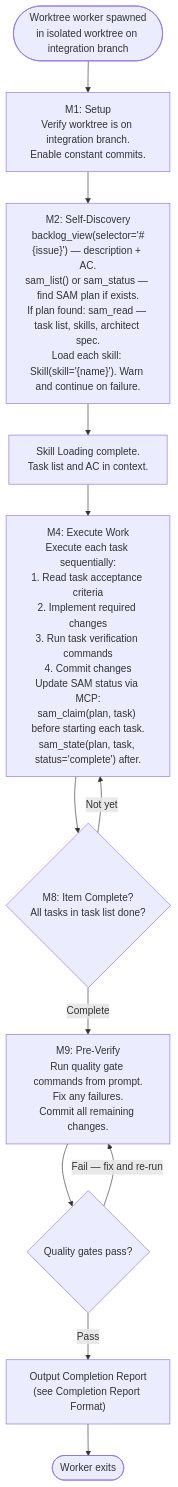
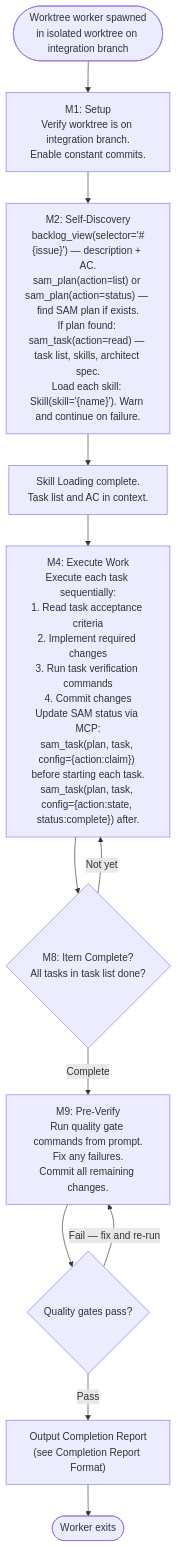
The first of 2 diagrams in plugins/development-harness/skills/work-milestone/references/worktree-worker-protocol.md (chgreer1070/claude_skills), drawn with Mermaid before and after one commit. The commit also changed other lines of this file and 28 other files, not shown here.

````diff
--- a/plugins/development-harness/skills/work-milestone/references/worktree-worker-protocol.md
+++ b/plugins/development-harness/skills/work-milestone/references/worktree-worker-protocol.md
@@ -9,21 +9,21 @@
 ```mermaid
 flowchart TD
     Start(["Worktree worker spawned<br>in isolated worktree on integration branch"]) --> M1["M1: Setup<br>Verify worktree is on integration branch.<br>Enable constant commits."]
 
-    M1 --> M2["M2: Self-Discovery<br>backlog_view(selector='#{issue}') — description + AC.<br>sam_list() or sam_status — find SAM plan if exists.<br>If plan found: sam_read — task list, skills, architect spec.<br>Load each skill: Skill(skill='{name}'). Warn and continue on failure."]
+    M1 --> M2["M2: Self-Discovery<br>backlog_view(selector='#{issue}') — description + AC.<br>sam_plan(action=list) or sam_plan(action=status) — find SAM plan if exists.<br>If plan found: sam_task(action=read) — task list, skills, architect spec.<br>Load each skill: Skill(skill='{name}'). Warn and continue on failure."]
 
     M2 --> SkillLoad["Skill Loading complete.<br>Task list and AC in context."]
 
-    SkillLoad --> M4["M4: Execute Work<br>Execute each task sequentially:<br>1. Read task acceptance criteria<br>2. Implement required changes<br>3. Run task verification commands<br>4. Commit changes<br>Update SAM status via MCP:<br>sam_claim(plan, task) before starting each task.<br>sam_state(plan, task, status='complete') after."]
+    SkillLoad --> M4["M4: Execute Work<br>Execute each task sequentially:<br>1. Read task acceptance criteria<br>2. Implement required changes<br>3. Run task verification commands<br>4. Commit changes<br>Update SAM status via MCP:<br>sam_task(plan, task, config={action:claim}) before starting each task.<br>sam_task(plan, task, config={action:state, status:complete}) after."]
 
     M4 --> M8{"M8: Item Complete?<br>All tasks in task list done?"}
 
     M8 -->|"Not yet"| M4
     M8 -->|"Complete"| M9["M9: Pre-Verify<br>Run quality gate commands from prompt.<br>Fix any failures.<br>Commit all remaining changes."]
 
     M9 --> GateResult{"Quality gates pass?"}
     GateResult -->|"Fail — fix and re-run"| M9
     GateResult -->|"Pass"| Report["Output Completion Report<br>(see Completion Report Format)"]
 
     Report --> Done(["Worker exits"])
 ```
````
